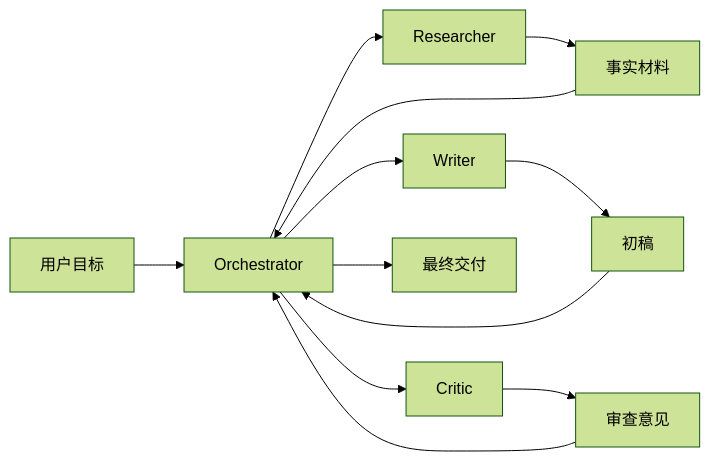
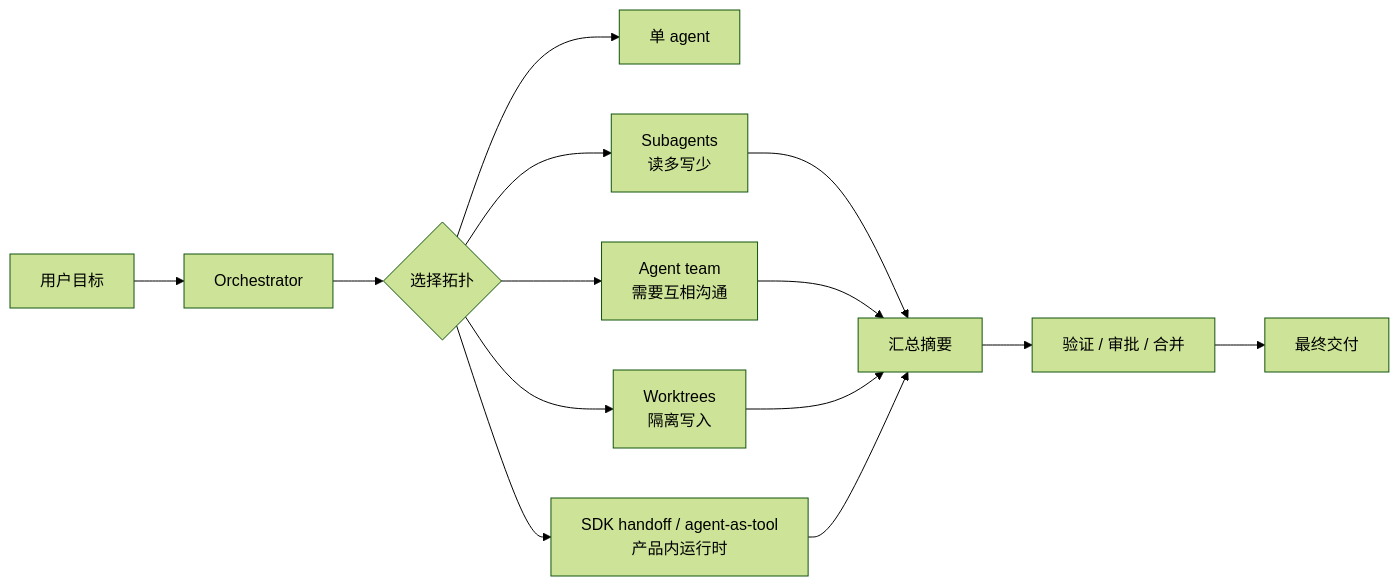
One commit to songuu/agent changed the first of 2 diagrams in lessons/11-multi-agent-orchestration/README.md. Above: the diagram before and after it, drawn with Mermaid (forest theme). The commit also changed other lines of this file and 10 other files, not shown here.

First line of the commit message:
Enhance diagram zoom functionality and update curriculum

````diff
--- a/lessons/11-multi-agent-orchestration/README.md
+++ b/lessons/11-multi-agent-orchestration/README.md
@@ -37,14 +39,16 @@
 ```mermaid
 flowchart LR
   A["用户目标"] --> B["Orchestrator"]
-  B --> C["Researcher"]
-  B --> D["Writer"]
-  B --> E["Critic"]
-  C --> F["事实材料"]
-  D --> G["初稿"]
-  E --> H["审查意见"]
-  F --> B
-  G --> B
-  H --> B
-  B --> I["最终交付"]
+  B --> C{"选择拓扑"}
+  C --> D["单 agent"]
+  C --> E["Subagents<br/>读多写少"]
+  C --> F["Agent team<br/>需要互相沟通"]
+  C --> G["Worktrees<br/>隔离写入"]
+  C --> H["SDK handoff / agent-as-tool<br/>产品内运行时"]
+  E --> I["汇总摘要"]
+  F --> I
+  G --> I
+  H --> I
+  I --> J["验证 / 审批 / 合并"]
+  J --> K["最终交付"]
 ```
````
